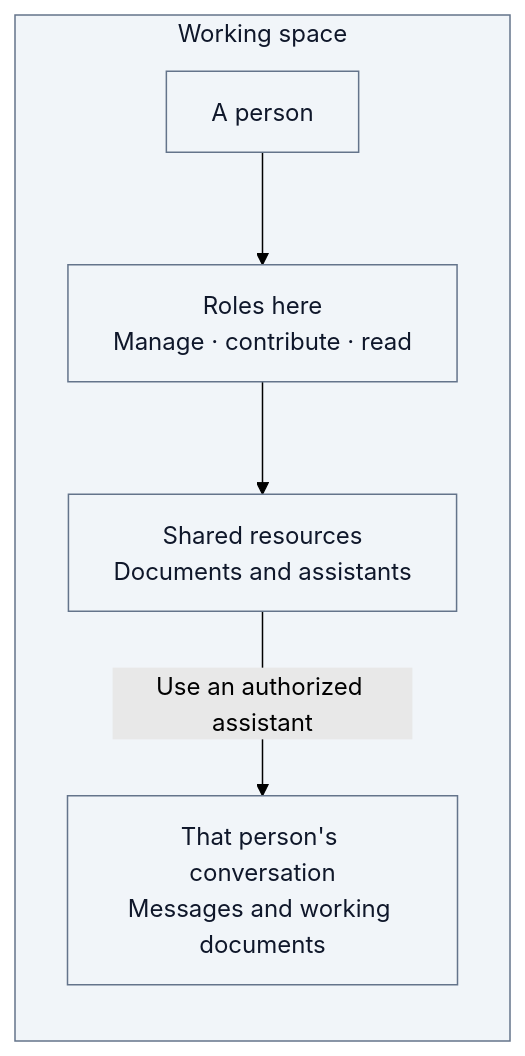
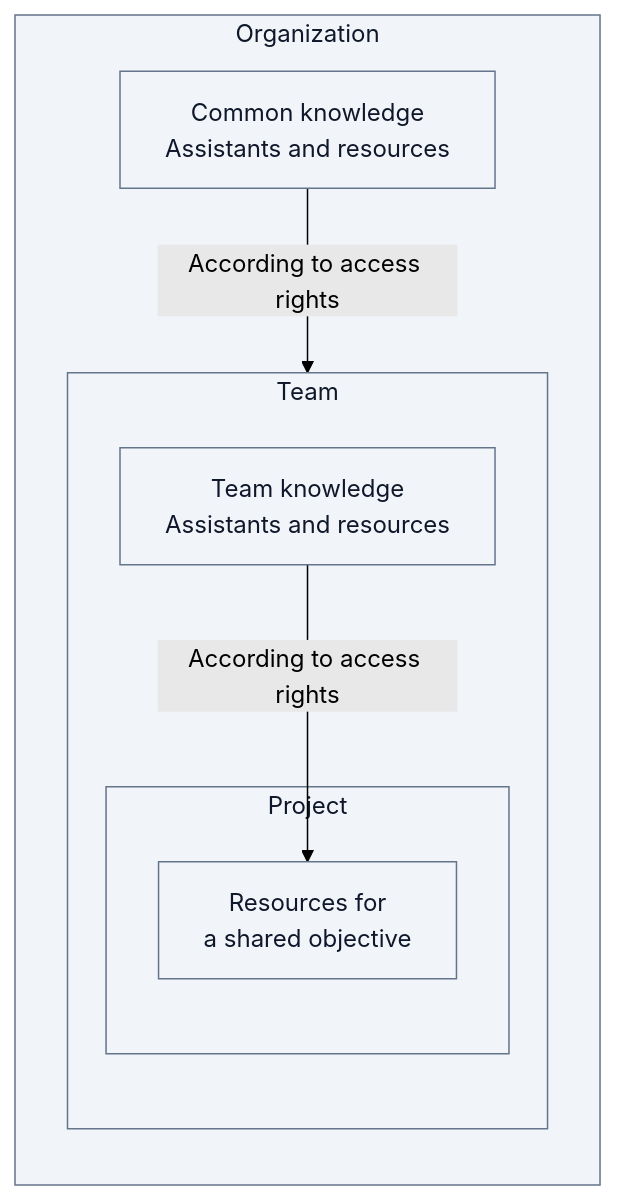
One commit to ThalesGroup/fred changed the diagram in docs/architecture/00-introduction.md. Above: the diagram before and after it, drawn with Mermaid (forest theme). The commit also changed other lines of this file and 30 other files, not shown here.

````diff
--- a/docs/architecture/00-introduction.md
+++ b/docs/architecture/00-introduction.md
@@ -9,15 +9,22 @@
 ```mermaid
 flowchart TB
-    subgraph space["Working space"]
+    subgraph organization["Organization"]
         direction TB
-        person["A person"]
-        roles["Roles here<br/>Manage · contribute · read"]
-        shared["Shared resources<br/>Documents and assistants"]
-        conversation["That person's conversation<br/>Messages and working documents"]
-        person --> roles --> shared
-        shared -->|"Use an authorized assistant"| conversation
+        common["Common knowledge<br/>Assistants and resources"]
+
+        subgraph team["Team"]
+            direction TB
+            shared["Team knowledge<br/>Assistants and resources"]
+
+            subgraph project["Project"]
+                focused["Resources for<br/>a shared objective"]
+            end
+        end
+
+        common -->|"According to access rights"| shared
+        shared -->|"According to access rights"| focused
     end
 
     classDef neutral fill:#F1F5F9,stroke:#64748B,color:#0F172A
-    class person,roles,shared,conversation,space neutral
+    class common,shared,focused,organization,team,project neutral
 ```
````
